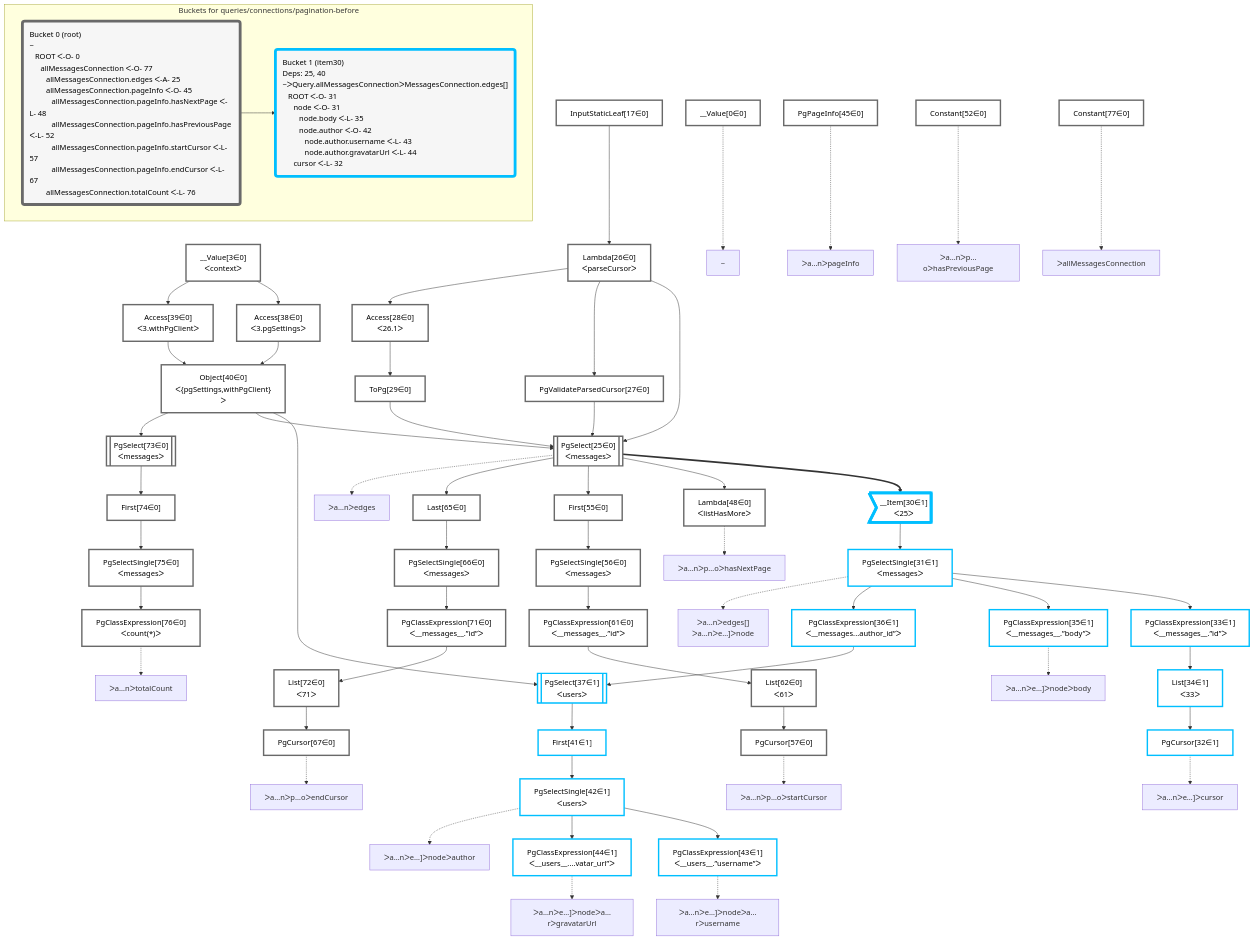
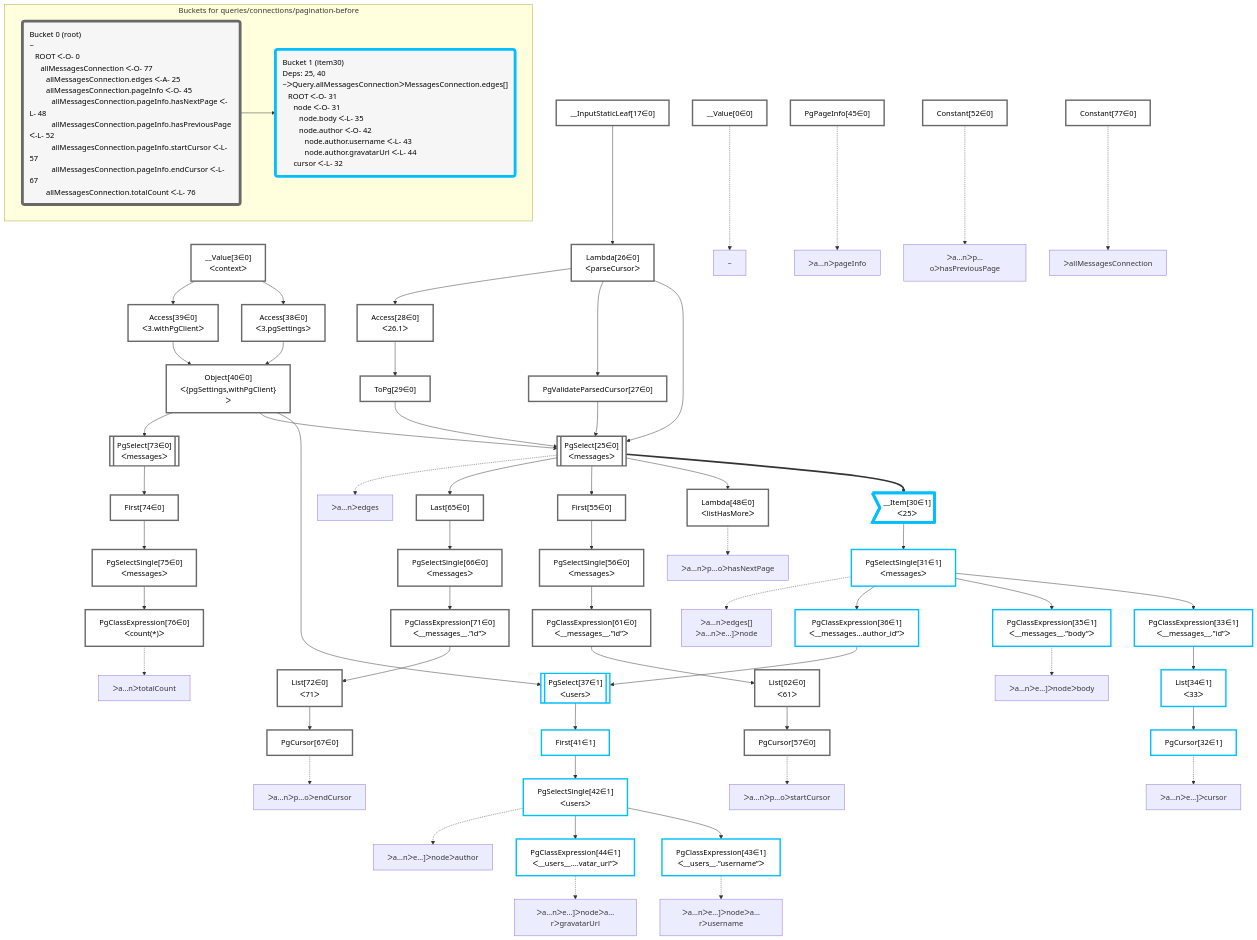
The diagram in packages/dataplan-pg/__tests__/queries/connections/pagination-before.deopt.mermaid.md (graphile/crystal), drawn with Mermaid before and after one commit. The commit also changed 79 other files, not shown here.

```diff
--- a/packages/dataplan-pg/__tests__/queries/connections/pagination-before.deopt.mermaid.md
+++ b/packages/dataplan-pg/__tests__/queries/connections/pagination-before.deopt.mermaid.md
@@ -45,7 +45,7 @@
     ToPg29["ToPg[29∈0]"]:::plan
     Access28["Access[28∈0]<br />ᐸ26.1ᐳ"]:::plan
     Lambda26["Lambda[26∈0]<br />ᐸparseCursorᐳ"]:::plan
-    InputStaticLeaf17["InputStaticLeaf[17∈0]"]:::plan
+    __InputStaticLeaf17["__InputStaticLeaf[17∈0]"]:::plan
     Constant77["Constant[77∈0]"]:::plan
     PgPageInfo45["PgPageInfo[45∈0]"]:::plan
     Constant52["Constant[52∈0]"]:::plan
@@ -85,7 +85,7 @@
     Lambda26 --> PgValidateParsedCursor27
     Access28 --> ToPg29
     Lambda26 --> Access28
-    InputStaticLeaf17 --> Lambda26
+    __InputStaticLeaf17 --> Lambda26
 
     %% plan-to-path relationships
     P0["~"]
@@ -122,7 +122,7 @@
     subgraph "Buckets for queries/connections/pagination-before"
     Bucket0("Bucket 0 (root)<br />~<br />⠀ROOT ᐸ-O- 0<br />⠀⠀allMessagesConnection ᐸ-O- 77<br />⠀⠀⠀allMessagesConnection.edges ᐸ-A- 25<br />⠀⠀⠀allMessagesConnection.pageInfo ᐸ-O- 45<br />⠀⠀⠀⠀allMessagesConnection.pageInfo.hasNextPage ᐸ-L- 48<br />⠀⠀⠀⠀allMessagesConnection.pageInfo.hasPreviousPage ᐸ-L- 52<br />⠀⠀⠀⠀allMessagesConnection.pageInfo.startCursor ᐸ-L- 57<br />⠀⠀⠀⠀allMessagesConnection.pageInfo.endCursor ᐸ-L- 67<br />⠀⠀⠀allMessagesConnection.totalCount ᐸ-L- 76"):::bucket
     classDef bucket0 stroke:#696969
-    class Bucket0,__Value0,__Value3,InputStaticLeaf17,PgSelect25,Lambda26,PgValidateParsedCursor27,Access28,ToPg29,Access38,Access39,Object40,PgPageInfo45,Lambda48,Constant52,First55,PgSelectSingle56,PgCursor57,PgClassExpression61,List62,Last65,PgSelectSingle66,PgCursor67,PgClassExpression71,List72,PgSelect73,First74,PgSelectSingle75,PgClassExpression76,Constant77 bucket0
+    class Bucket0,__Value0,__Value3,__InputStaticLeaf17,PgSelect25,Lambda26,PgValidateParsedCursor27,Access28,ToPg29,Access38,Access39,Object40,PgPageInfo45,Lambda48,Constant52,First55,PgSelectSingle56,PgCursor57,PgClassExpression61,List62,Last65,PgSelectSingle66,PgCursor67,PgClassExpression71,List72,PgSelect73,First74,PgSelectSingle75,PgClassExpression76,Constant77 bucket0
     Bucket1("Bucket 1 (item30)<br />Deps: 25, 40<br />~ᐳQuery.allMessagesConnectionᐳMessagesConnection.edges[]<br />⠀ROOT ᐸ-O- 31<br />⠀⠀node ᐸ-O- 31<br />⠀⠀⠀node.body ᐸ-L- 35<br />⠀⠀⠀node.author ᐸ-O- 42<br />⠀⠀⠀⠀node.author.username ᐸ-L- 43<br />⠀⠀⠀⠀node.author.gravatarUrl ᐸ-L- 44<br />⠀⠀cursor ᐸ-L- 32"):::bucket
     classDef bucket1 stroke:#00bfff
     class Bucket1,__Item30,PgSelectSingle31,PgCursor32,PgClassExpression33,List34,PgClassExpression35,PgClassExpression36,PgSelect37,First41,PgSelectSingle42,PgClassExpression43,PgClassExpression44 bucket1
```
